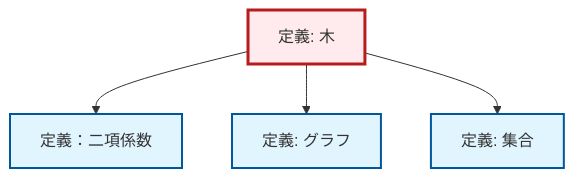
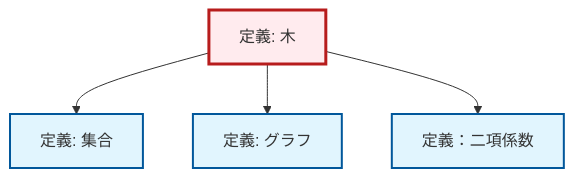
Before and after one commit to RK0429/ModernMath: the diagram in content/ja/combinatorics/def-tree.qmd, drawn with Mermaid. The commit also changed other lines of this file and 1012 other files, not shown here.

````diff
--- a/content/ja/combinatorics/def-tree.qmd
+++ b/content/ja/combinatorics/def-tree.qmd
@@ -137,20 +137,20 @@
 ```{mermaid}
 %%| fig-cap: "Local dependency graph"
 graph TD
     classDef definition fill:#e1f5fe,stroke:#01579b,stroke-width:2px
     classDef theorem fill:#f3e5f5,stroke:#4a148c,stroke-width:2px
     classDef axiom fill:#fff3e0,stroke:#e65100,stroke-width:2px
     classDef example fill:#e8f5e9,stroke:#1b5e20,stroke-width:2px
     classDef current fill:#ffebee,stroke:#b71c1c,stroke-width:3px
+    def-binomial-coefficient["定義：二項係数"]:::definition
     def-graph["定義: グラフ"]:::definition
+    def-tree["定義: 木"]:::definition
     def-set["定義: 集合"]:::definition
-    def-binomial-coefficient["定義：二項係数"]:::definition
-    def-tree["定義: 木"]:::definition
+    def-tree --> def-set
+    def-tree --> def-graph
     def-tree --> def-binomial-coefficient
-    def-tree --> def-graph
-    def-tree --> def-set
     class def-tree current
+    click def-binomial-coefficient "def-binomial-coefficient.html" "定義：二項係数へ"
     click def-graph "def-graph.html" "グラフの定義へ"
     click def-set "def-set.html" "集合の定義へ"
-    click def-binomial-coefficient "def-binomial-coefficient.html" "定義：二項係数へ"
 ```
````
